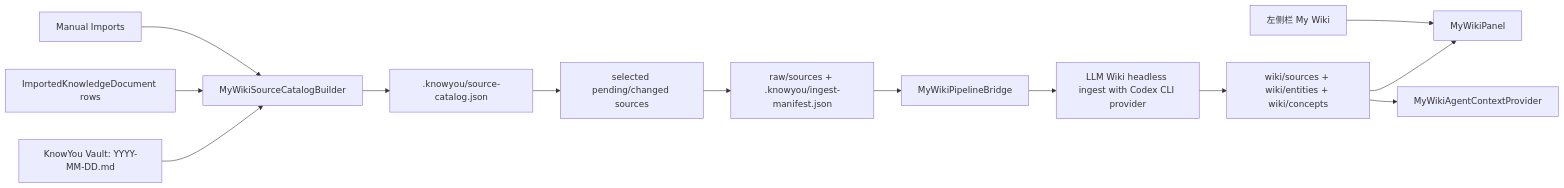
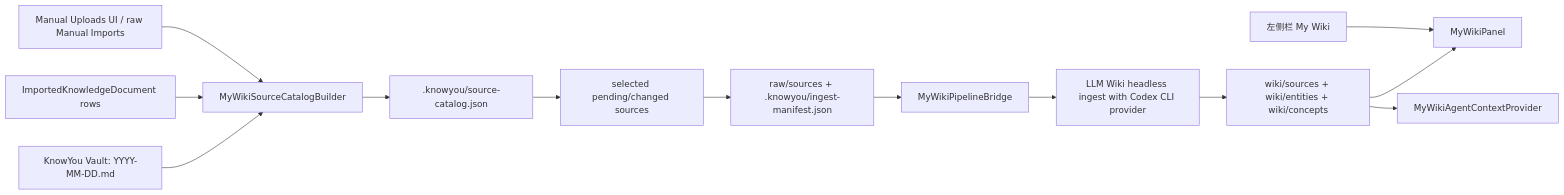
Before and after one commit to gift-is-coding/know-you-open-source: the third of 3 diagrams in docs/architecture.md, drawn with Mermaid. The commit also changed other lines of this file and 11 other files, not shown here.

````diff
--- a/docs/architecture.md
+++ b/docs/architecture.md
@@ -700,15 +700,15 @@
 ```mermaid
 flowchart LR
     A["KnowYou Vault: YYYY-MM-DD.md"] --> B["MyWikiSourceCatalogBuilder"]
     AA["ImportedKnowledgeDocument rows"] --> B
-    AB["Manual Imports"] --> B
+    AB["Manual Uploads UI / raw Manual Imports"] --> B
     B --> C[".knowyou/source-catalog.json"]
     C --> D["selected pending/changed sources"]
     D --> E["raw/sources + .knowyou/ingest-manifest.json"]
     E --> J["MyWikiPipelineBridge"]
     J --> K["LLM Wiki headless ingest with Codex CLI provider"]
     K --> F["wiki/sources + wiki/entities + wiki/concepts"]
     F --> G["MyWikiPanel"]
     F --> H["MyWikiAgentContextProvider"]
     I["左侧栏 My Wiki"] --> G
 ```
````
